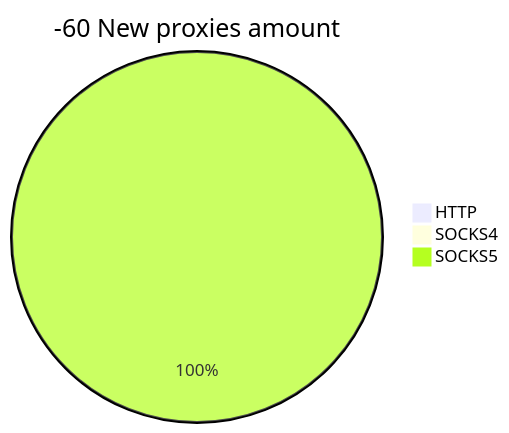
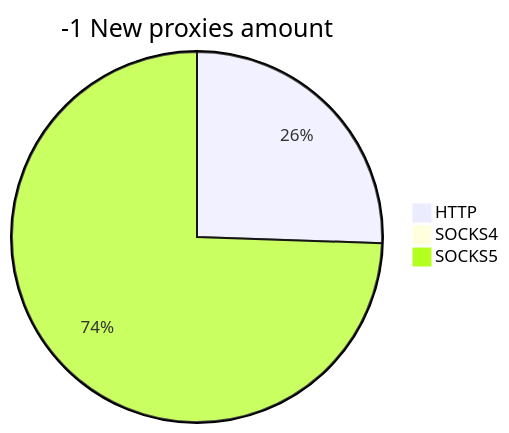
The second of 2 diagrams in README.md (cutipu/proxylist), drawn with Mermaid before and after one commit. The commit also changed other lines of this file, not shown here.

````diff
--- a/README.md
+++ b/README.md
@@ -10,6 +10,6 @@
 ```mermaid
-pie title -60 New proxies amount
-    "HTTP" : 0
+pie title -1 New proxies amount
+    "HTTP" : 12
     "SOCKS4" : 0
-    "SOCKS5" : 3
+    "SOCKS5" : 35
 ```
````
